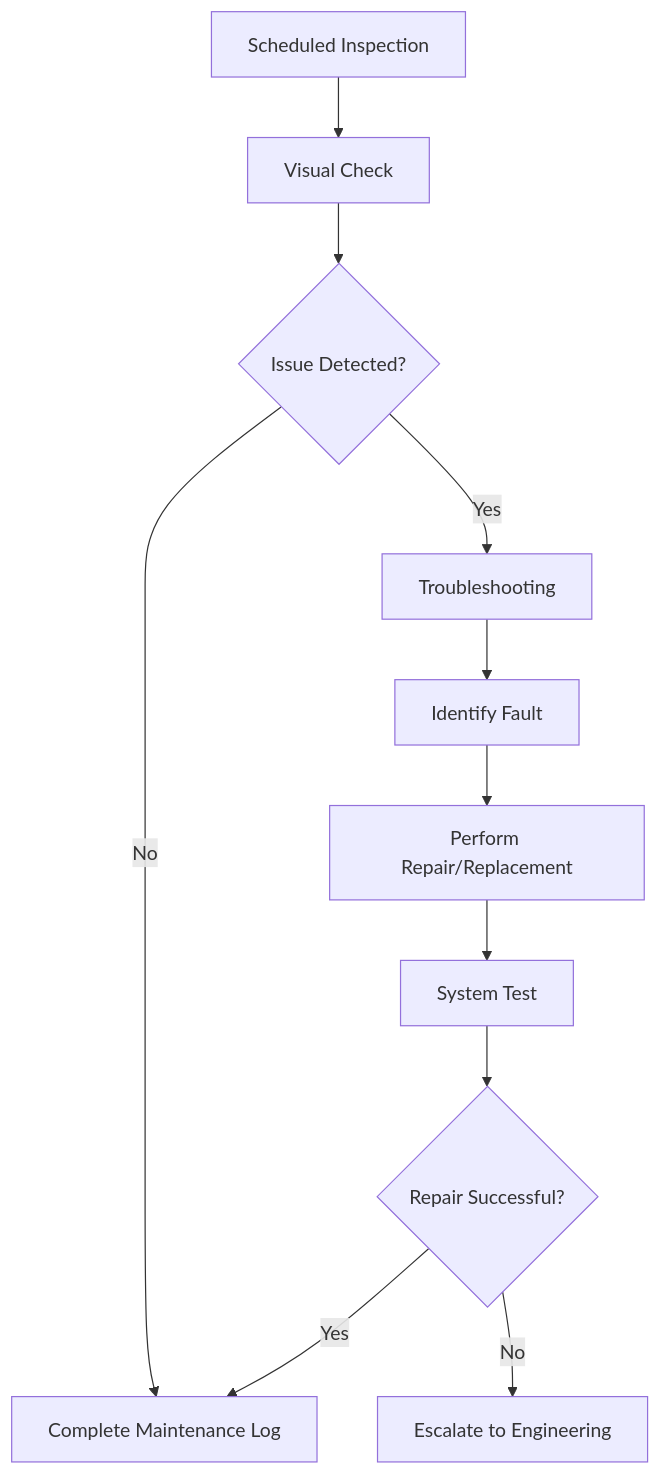
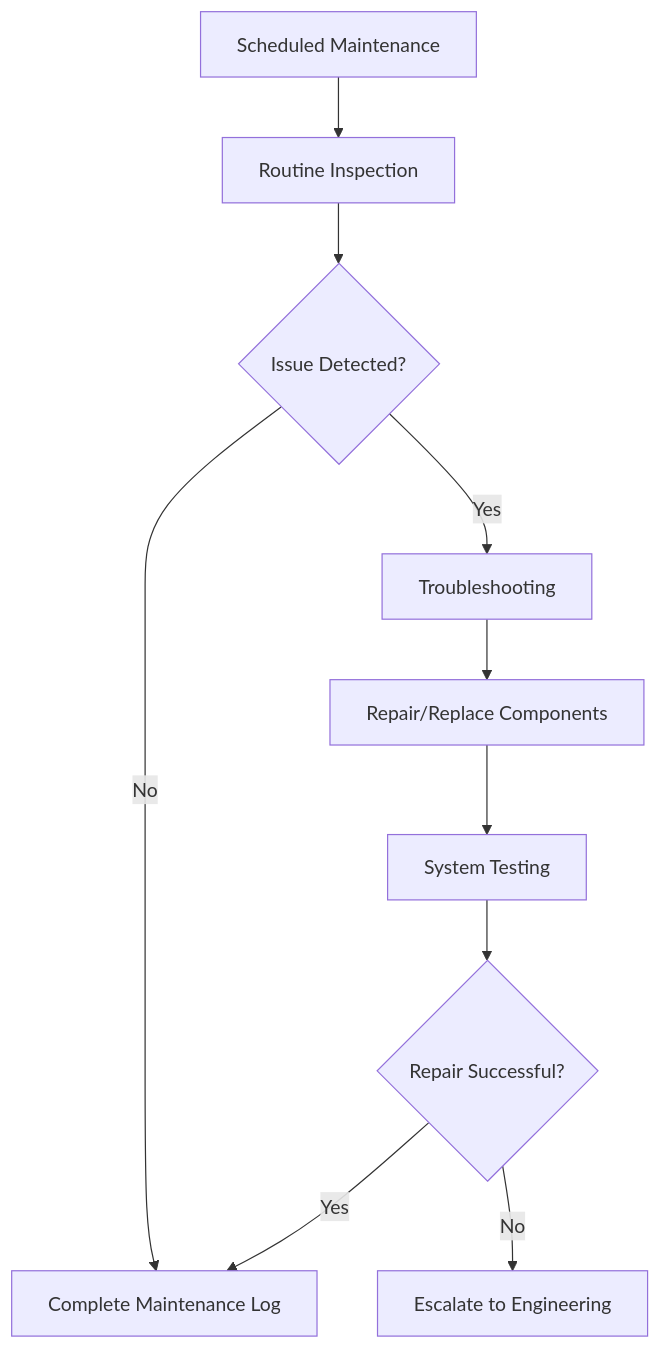
Before and after one commit to Robbbo-T/Ampel360XWLRGA: the fourth of 4 diagrams in FTC_21-00-00-00-000_ATA_21_Air_Conditioning_and_Pressurization_ECS.md, drawn with Mermaid. The commit also changed other lines of this file, not shown here.

````diff
--- a/FTC_21-00-00-00-000_ATA_21_Air_Conditioning_and_Pressurization_ECS.md
+++ b/FTC_21-00-00-00-000_ATA_21_Air_Conditioning_and_Pressurization_ECS.md
@@ -648,13 +933,12 @@
 ```mermaid
 flowchart TD
-    A[Scheduled Inspection] --> B[Visual Check]
+    A[Scheduled Maintenance] --> B[Routine Inspection]
     B --> C{Issue Detected?}
     C -->|Yes| D[Troubleshooting]
-    D --> E[Identify Fault]
-    E --> F[Perform Repair/Replacement]
-    F --> G[System Test]
+    C -->|No| E[Complete Maintenance Log]
+    D --> F[Repair/Replace Components]
+    F --> G[System Testing]
     G --> H{Repair Successful?}
-    H -->|Yes| I[Complete Maintenance Log]
-    H -->|No| J[Escalate to Engineering]
-    C -->|No| I
+    H -->|Yes| E
+    H -->|No| I[Escalate to Engineering]
 ```
````
